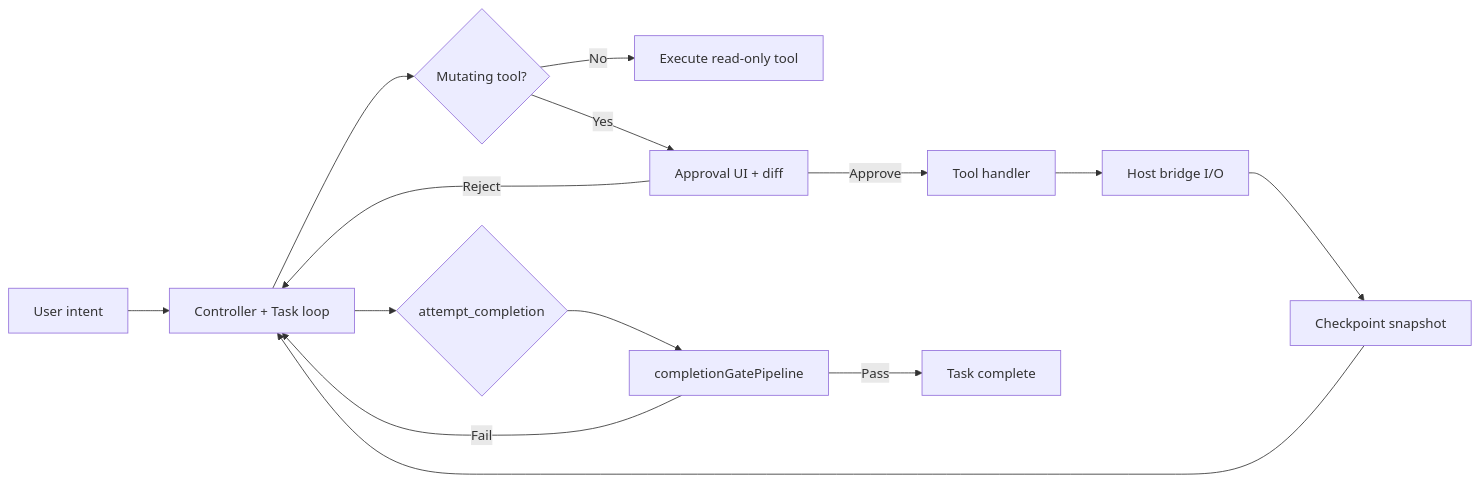
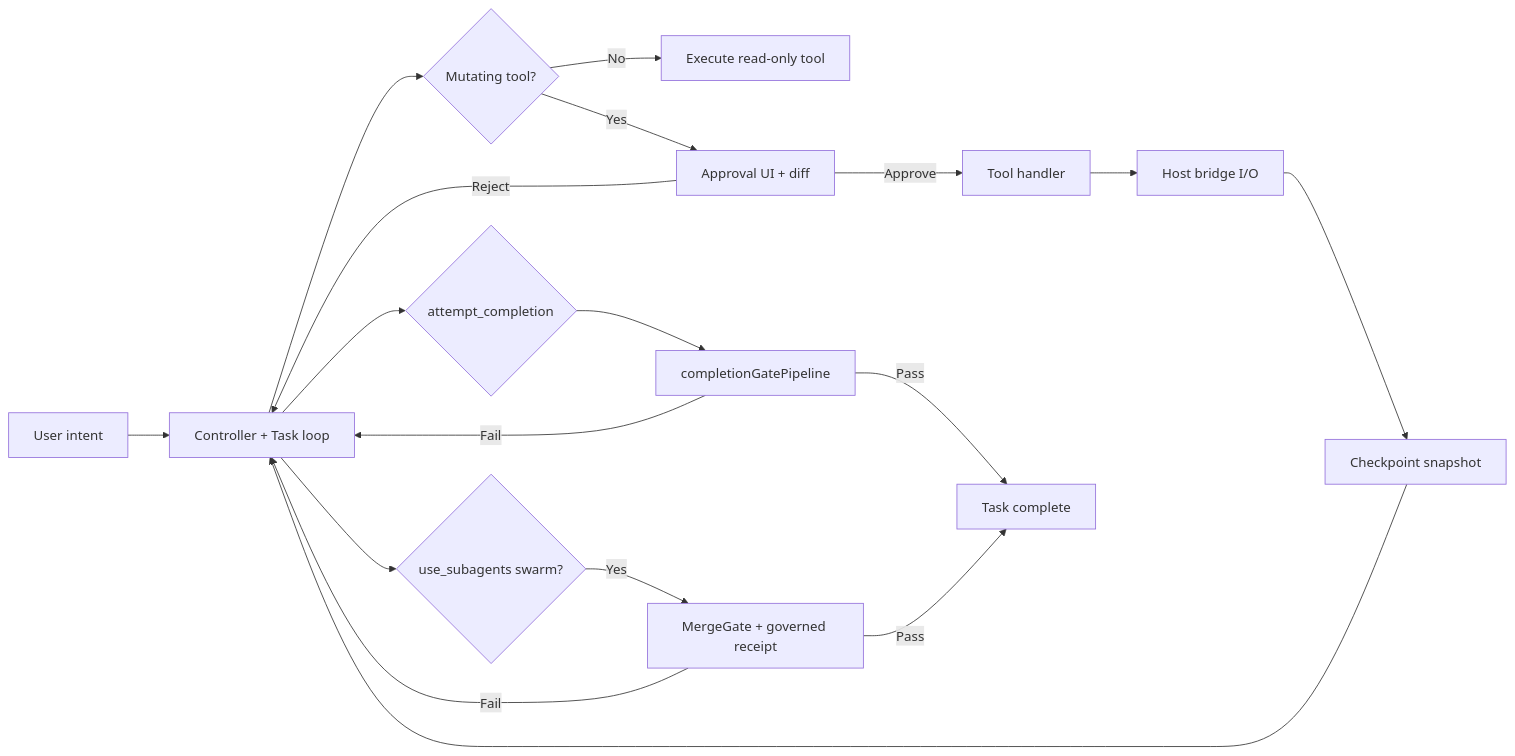
Before and after one commit to CardSorting/LUMI: the third of 4 diagrams in README.md, drawn with Mermaid. The commit also changed other lines of this file and 1 other file, not shown here.

````diff
--- a/README.md
+++ b/README.md
@@ -479,16 +593,20 @@
 ```mermaid
 flowchart LR
   A[User intent] --> B[Controller + Task loop]
   B --> C{Mutating tool?}
   C -->|No| D[Execute read-only tool]
   C -->|Yes| E[Approval UI + diff]
   E -->|Reject| B
   E -->|Approve| F[Tool handler]
   F --> G[Host bridge I/O]
   G --> H[Checkpoint snapshot]
   H --> B
   B --> I{attempt_completion}
   I --> J[completionGatePipeline]
   J -->|Pass| K[Task complete]
   J -->|Fail| B
+  B --> S{use_subagents swarm?}
+  S -->|Yes| M[MergeGate + governed receipt]
+  M -->|Pass| K
+  M -->|Fail| B
 ```
````
